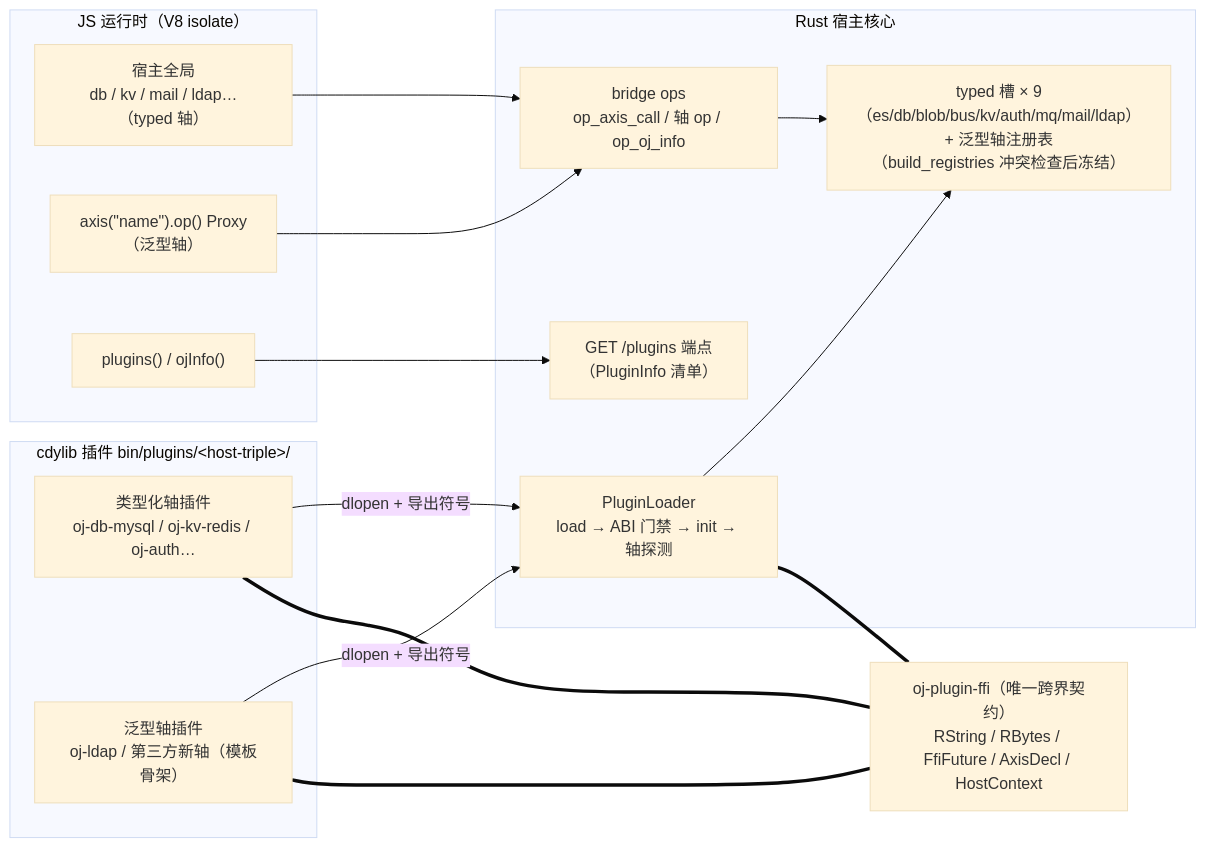
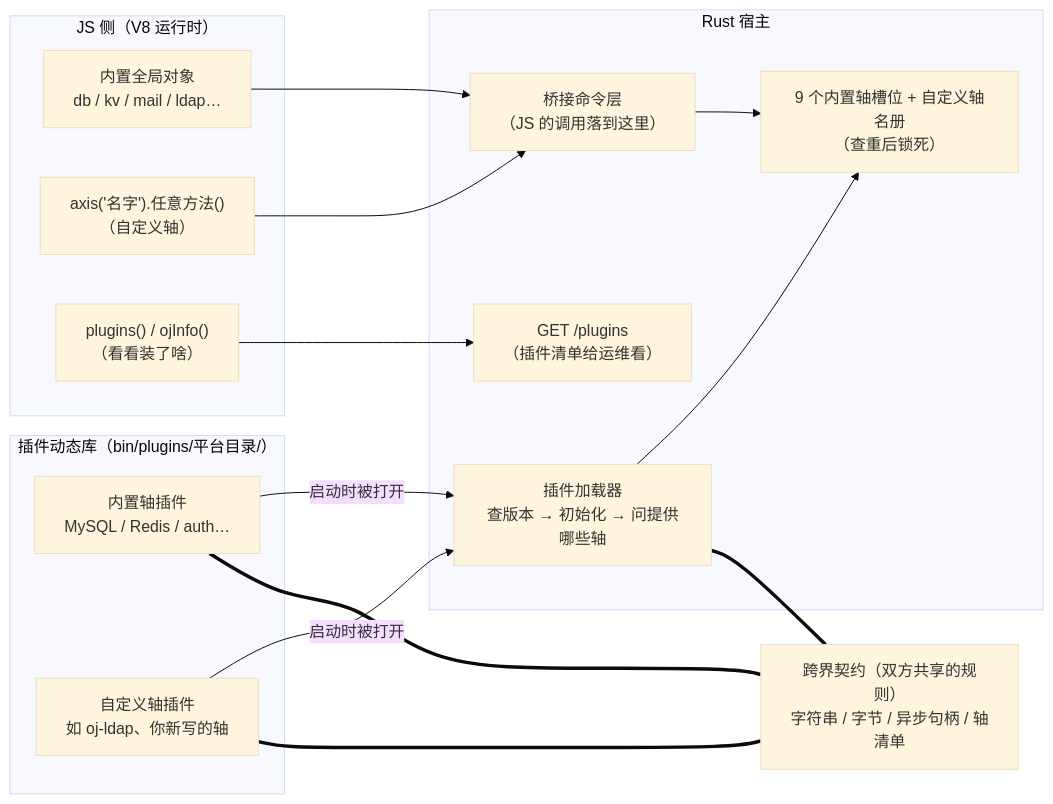
Before and after one commit to everpan/oj-bin: the second of 3 diagrams in docs/plugins/plugin-development.md, drawn with Mermaid (base theme). The commit also changed other lines of this file, not shown here.

First line of the commit message:
docs(plugins): 三张 mermaid 图改保守语法 + 人话标签

````diff
--- a/docs/plugins/plugin-development.md
+++ b/docs/plugins/plugin-development.md
@@ -377,29 +377,29 @@
 ```mermaid
 flowchart LR
-    subgraph JS["JS 运行时（V8 isolate）"]
-        G["宿主全局<br>db / kv / mail / ldap…（typed 轴）"]
-        AX["axis(&quot;name&quot;).op() Proxy<br>（泛型轴）"]
-        SI["plugins() / ojInfo()"]
+    subgraph JSR["JS 侧（V8 运行时）"]
+        G["内置全局对象<br/>db / kv / mail / ldap…"]
+        AX["axis('名字').任意方法()<br/>（自定义轴）"]
+        SI["plugins() / ojInfo()<br/>（看看装了啥）"]
     end
-    subgraph HOST["Rust 宿主核心"]
-        OPS["bridge ops<br>op_axis_call / 轴 op / op_oj_info"]
-        PL["PluginLoader<br>load → ABI 门禁 → init → 轴探测"]
-        RG["typed 槽 × 9（es/db/blob/bus/kv/auth/mq/mail/ldap）<br>+ 泛型轴注册表<br>（build_registries 冲突检查后冻结）"]
-        EP["GET /plugins 端点<br>（PluginInfo 清单）"]
+    subgraph HOST["Rust 宿主"]
+        OPS["桥接命令层<br/>（JS 的调用落到这里）"]
+        PL["插件加载器<br/>查版本 → 初始化 → 问提供哪些轴"]
+        RG["9 个内置轴槽位 + 自定义轴名册<br/>（查重后锁死）"]
+        EP["GET /plugins<br/>（插件清单给运维看）"]
     end
-    subgraph LIBS["cdylib 插件 bin/plugins/&lt;host-triple&gt;/"]
-        TP["类型化轴插件<br>oj-db-mysql / oj-kv-redis / oj-auth…"]
-        GP["泛型轴插件<br>oj-ldap / 第三方新轴（模板骨架）"]
+    subgraph LIBS["插件动态库（bin/plugins/平台目录/）"]
+        TP["内置轴插件<br/>MySQL / Redis / auth…"]
+        GP["自定义轴插件<br/>如 oj-ldap、你新写的轴"]
     end
-    FFI["oj-plugin-ffi（唯一跨界契约）<br>RString / RBytes / FfiFuture / AxisDecl / HostContext"]
+    FFI["跨界契约（双方共享的规则）<br/>字符串 / 字节 / 异步句柄 / 轴清单"]
     G --> OPS
     AX --> OPS
     OPS --> RG
     SI --> EP
     PL --> RG
-    TP -- "dlopen + 导出符号" --> PL
-    GP -- "dlopen + 导出符号" --> PL
+    TP -->|启动时被打开| PL
+    GP -->|启动时被打开| PL
     TP === FFI
     GP === FFI
     PL === FFI
 ```
````
